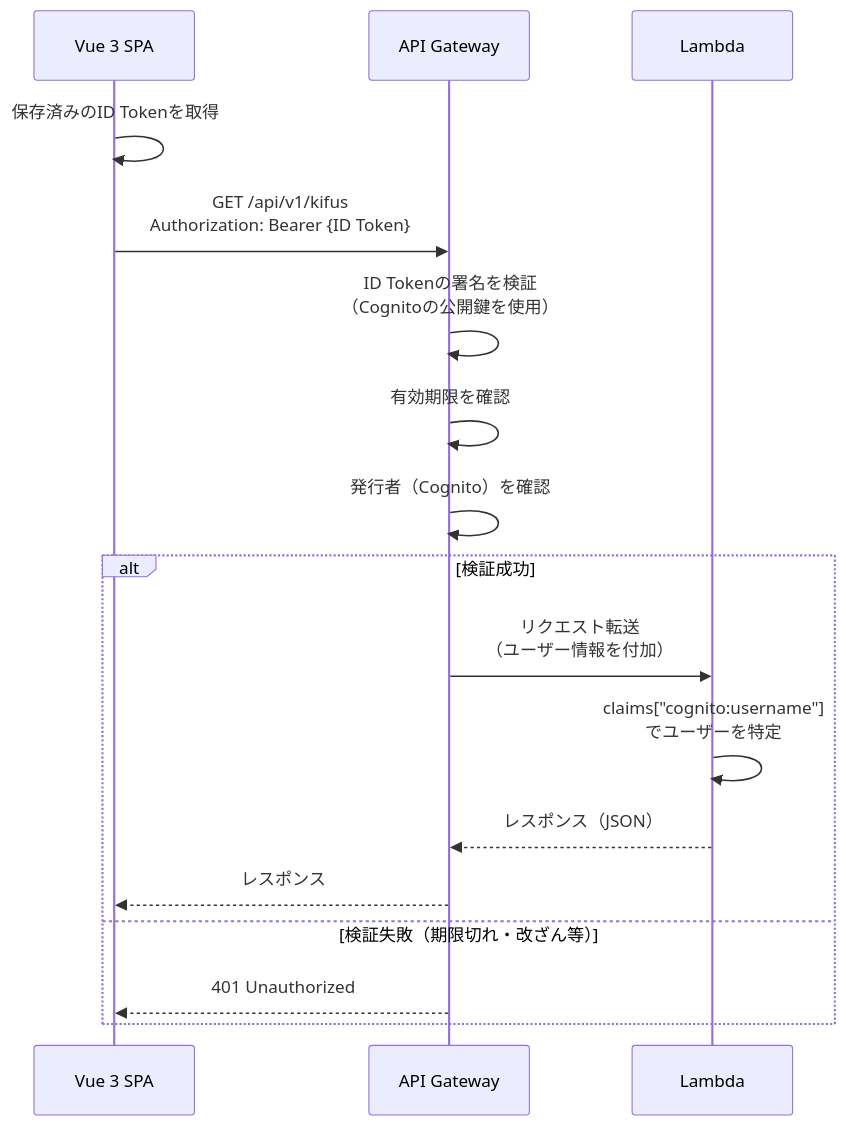
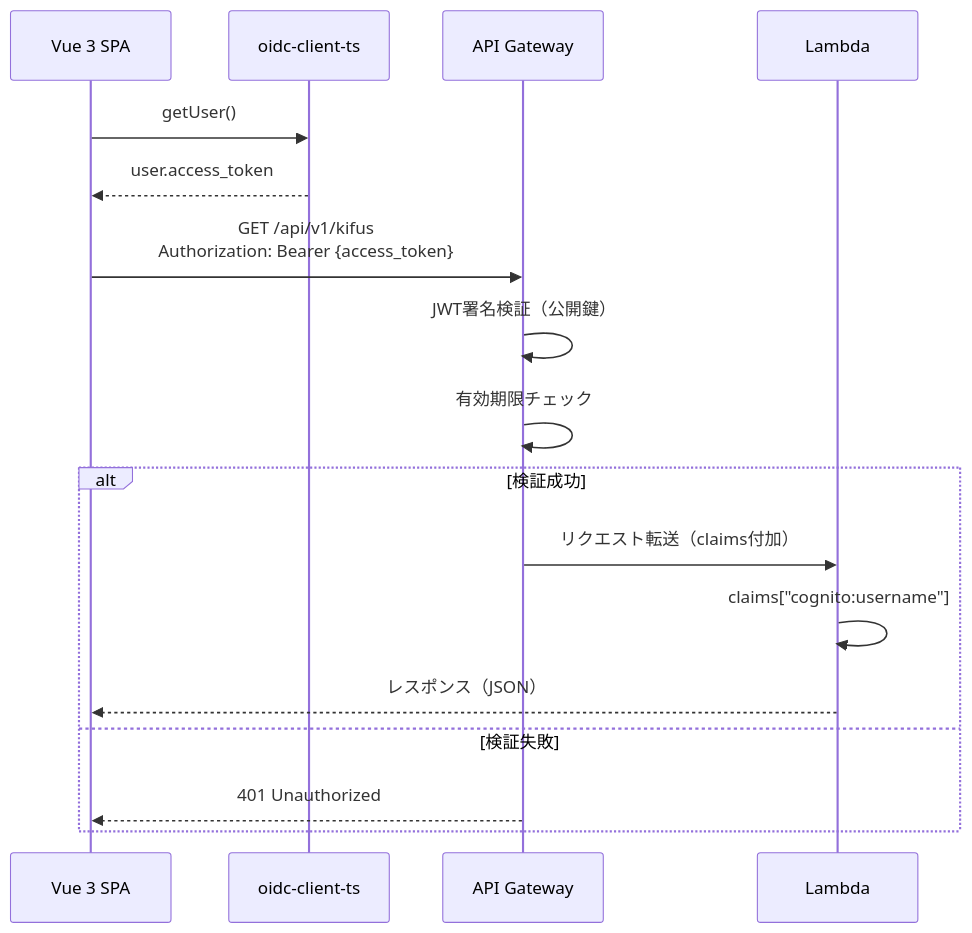
One commit to h-akira/ShogiProject2 changed the fifth of 8 diagrams in docs/support/cognito-auth-guide.md. Above: the diagram before and after it, drawn with Mermaid. The commit also changed other lines of this file and 5 other files, not shown here.

First line of the commit message:
Update auth to Cognito Managed Login + oidc-client-ts and restructure project layout

````diff
--- a/docs/support/cognito-auth-guide.md
+++ b/docs/support/cognito-auth-guide.md
@@ -111,23 +101,23 @@
 ```mermaid
 sequenceDiagram
-  participant Vue as Vue 3 SPA
+  participant SPA as Vue 3 SPA
+  participant OIDC as oidc-client-ts
   participant APIGW as API Gateway
   participant Lambda as Lambda
 
-  Vue->>Vue: 保存済みのID Tokenを取得
+  SPA->>OIDC: getUser()
+  OIDC-->>SPA: user.access_token
 
-  Vue->>APIGW: GET /api/v1/kifus<br/>Authorization: Bearer {ID Token}
+  SPA->>APIGW: GET /api/v1/kifus<br/>Authorization: Bearer {access_token}
 
-  APIGW->>APIGW: ID Tokenの署名を検証<br/>（Cognitoの公開鍵を使用）
-  APIGW->>APIGW: 有効期限を確認
-  APIGW->>APIGW: 発行者（Cognito）を確認
+  APIGW->>APIGW: JWT署名検証（公開鍵）
+  APIGW->>APIGW: 有効期限チェック
 
   alt 検証成功
-    APIGW->>Lambda: リクエスト転送<br/>（ユーザー情報を付加）
-    Lambda->>Lambda: claims["cognito:username"]<br/>でユーザーを特定
-    Lambda-->>APIGW: レスポンス（JSON）
-    APIGW-->>Vue: レスポンス
-  else 検証失敗（期限切れ・改ざん等）
-    APIGW-->>Vue: 401 Unauthorized
+    APIGW->>Lambda: リクエスト転送（claims付加）
+    Lambda->>Lambda: claims["cognito:username"]
+    Lambda-->>SPA: レスポンス（JSON）
+  else 検証失敗
+    APIGW-->>SPA: 401 Unauthorized
   end
 ```
````
